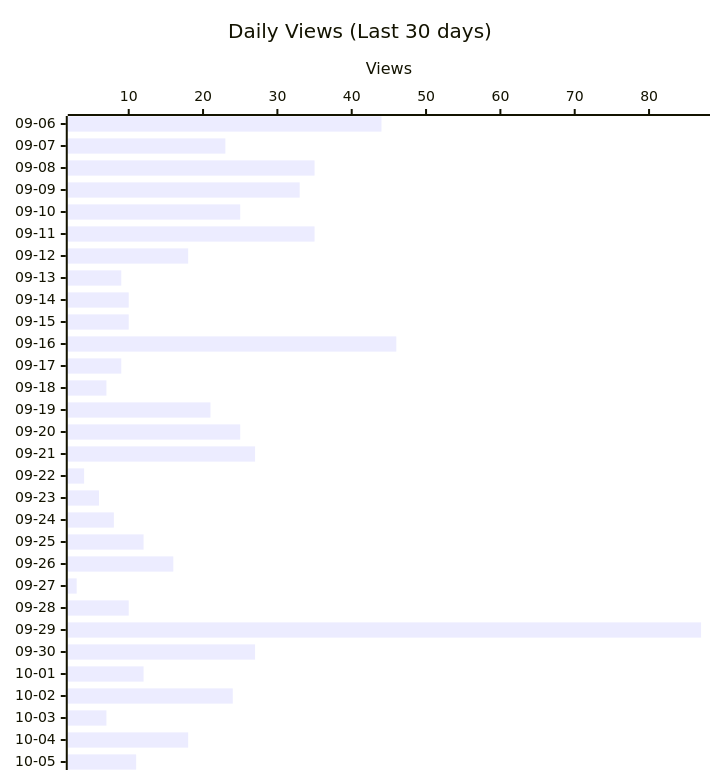
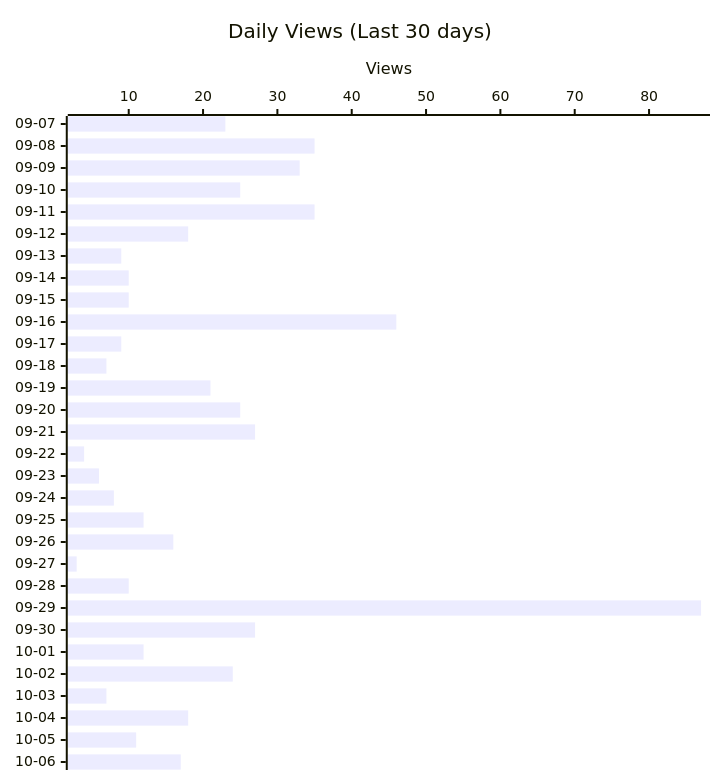
Before and after one commit to shigechika/github-insights: the second of 4 diagrams in README.md, drawn with Mermaid. The commit also changed other lines of this file and 2 other files, not shown here.

````diff
--- a/README.md
+++ b/README.md
@@ -28,12 +28,12 @@
 ```mermaid
 ---
 config:
   xyChart:
     height: 760
 ---
 xychart-beta horizontal
     title "Daily Views (Last 30 days)"
-    x-axis ["09-06", "09-07", "09-08", "09-09", "09-10", "09-11", "09-12", "09-13", "09-14", "09-15", "09-16", "09-17", "09-18", "09-19", "09-20", "09-21", "09-22", "09-23", "09-24", "09-25", "09-26", "09-27", "09-28", "09-29", "09-30", "10-01", "10-02", "10-03", "10-04", "10-05"]
+    x-axis ["09-07", "09-08", "09-09", "09-10", "09-11", "09-12", "09-13", "09-14", "09-15", "09-16", "09-17", "09-18", "09-19", "09-20", "09-21", "09-22", "09-23", "09-24", "09-25", "09-26", "09-27", "09-28", "09-29", "09-30", "10-01", "10-02", "10-03", "10-04", "10-05", "10-06"]
     y-axis "Views"
-    bar [44, 23, 35, 33, 25, 35, 18, 9, 10, 10, 46, 9, 7, 21, 25, 27, 4, 6, 8, 12, 16, 3, 10, 87, 27, 12, 24, 7, 18, 11]
+    bar [23, 35, 33, 25, 35, 18, 9, 10, 10, 46, 9, 7, 21, 25, 27, 4, 6, 8, 12, 16, 3, 10, 87, 27, 12, 24, 7, 18, 11, 17]
 ```
````
